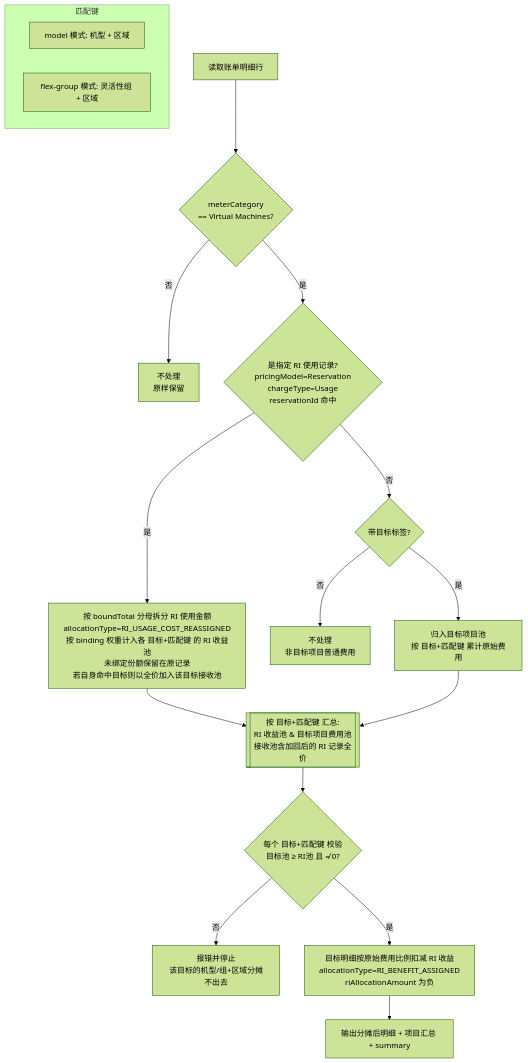
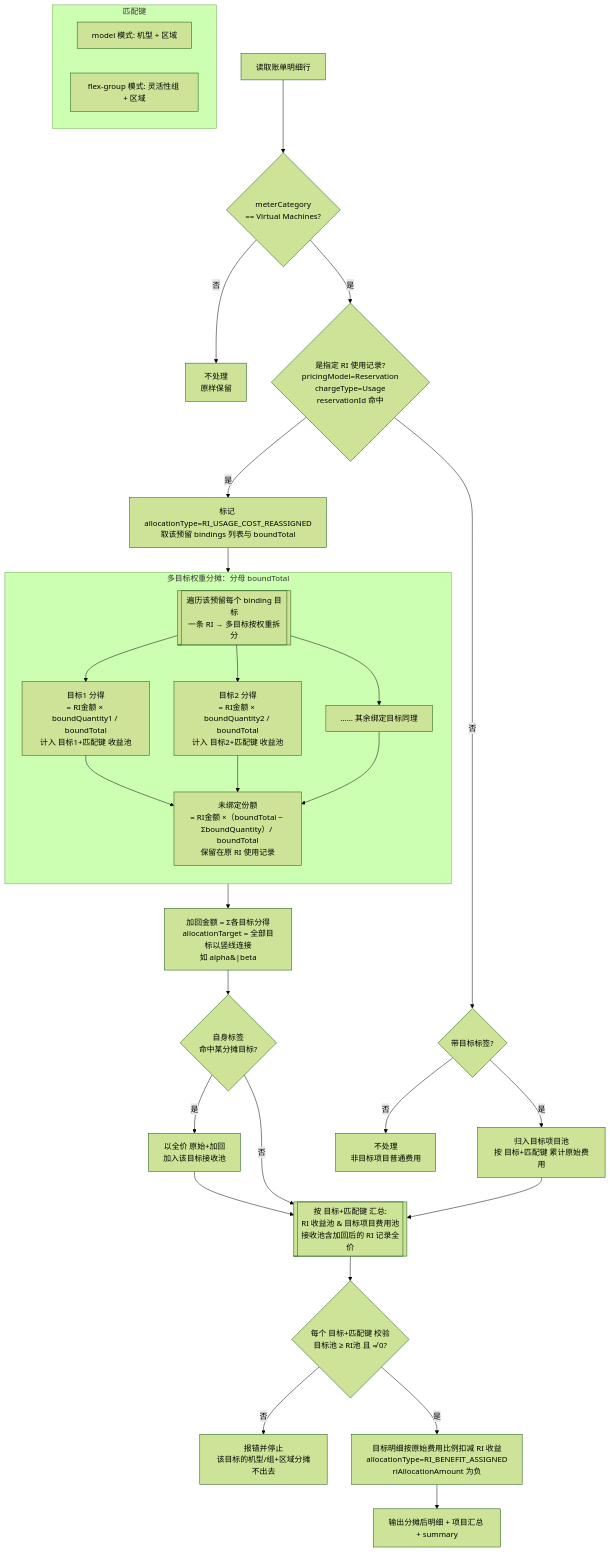
Before and after one commit to lprincewhn/azureops: the third of 3 diagrams in ri-reallocation/RI费用分摊说明.md, drawn with Mermaid (forest theme). The commit also changed other lines of this file, not shown here.

First line of the commit message:
ri-reallocation: add overview flowcharts and expand multi-target split diagram

````diff
--- a/ri-reallocation/RI费用分摊说明.md
+++ b/ri-reallocation/RI费用分摊说明.md
@@ -66,25 +136,42 @@
 ```mermaid
 flowchart TD
     A[读取账单明细行] --> B{meterCategory<br/>== Virtual Machines?}
     B -- 否 --> Z[不处理<br/>原样保留]
     B -- 是 --> C{是指定 RI 使用记录?<br/>pricingModel=Reservation<br/>chargeType=Usage<br/>reservationId 命中}
 
-    C -- 是 --> E[按 boundTotal 分母拆分 RI 使用金额<br/>allocationType=RI_USAGE_COST_REASSIGNED<br/>按 binding 权重计入各 目标+匹配键 的 RI 收益池<br/>未绑定份额保留在原记录<br/>若自身命中目标则以全价加入该目标接收池]
+    C -- 是 --> E[标记 allocationType=RI_USAGE_COST_REASSIGNED<br/>取该预留 bindings 列表与 boundTotal]
+    E --> SPLIT[[遍历该预留每个 binding 目标<br/>一条 RI → 多目标按权重拆分]]
+
+    subgraph FANOUT[多目标权重分摊：分母 boundTotal]
+      direction TB
+      SPLIT --> W1[目标1 分得<br/>= RI金额 × boundQuantity1 / boundTotal<br/>计入 目标1+匹配键 收益池]
+      SPLIT --> W2[目标2 分得<br/>= RI金额 × boundQuantity2 / boundTotal<br/>计入 目标2+匹配键 收益池]
+      SPLIT --> Wd[…… 其余绑定目标同理]
+      W1 --> REM
+      W2 --> REM
+      Wd --> REM[未绑定份额<br/>= RI金额 ×（boundTotal − ΣboundQuantity）/ boundTotal<br/>保留在原 RI 使用记录]
+    end
+
+    REM --> LBL[加回金额 = Σ各目标分得<br/>allocationTarget = 全部目标以竖线连接<br/>如 alpha&#124;beta]
+    LBL --> SELF{自身标签<br/>命中某分摊目标?}
+    SELF -- 是 --> SELFP[以全价 原始+加回<br/>加入该目标接收池]
+    SELF -- 否 --> H
+    SELFP --> H
 
     C -- 否 --> F{带目标标签?}
     F -- 否 --> Z3[不处理<br/>非目标项目普通费用]
     F -- 是 --> G[归入目标项目池<br/>按 目标+匹配键 累计原始费用]
 
-    E --> H[[按 目标+匹配键 汇总:<br/>RI 收益池 & 目标项目费用池<br/>接收池含加回后的 RI 记录全价]]
+    H[[按 目标+匹配键 汇总:<br/>RI 收益池 & 目标项目费用池<br/>接收池含加回后的 RI 记录全价]]
     G --> H
     H --> I{每个 目标+匹配键 校验<br/>目标池 ≥ RI池 且 ≠ 0?}
     I -- 否 --> X[报错并停止<br/>该目标的机型/组+区域分摊不出去]
     I -- 是 --> J[目标明细按原始费用比例扣减 RI 收益<br/>allocationType=RI_BENEFIT_ASSIGNED<br/>riAllocationAmount 为负]
     J --> K[输出分摊后明细 + 项目汇总 + summary]
 
     subgraph K1[匹配键]
       direction LR
       M1["model 模式: 机型 + 区域"]
       M2["flex-group 模式: 灵活性组 + 区域"]
     end
 ```
````
